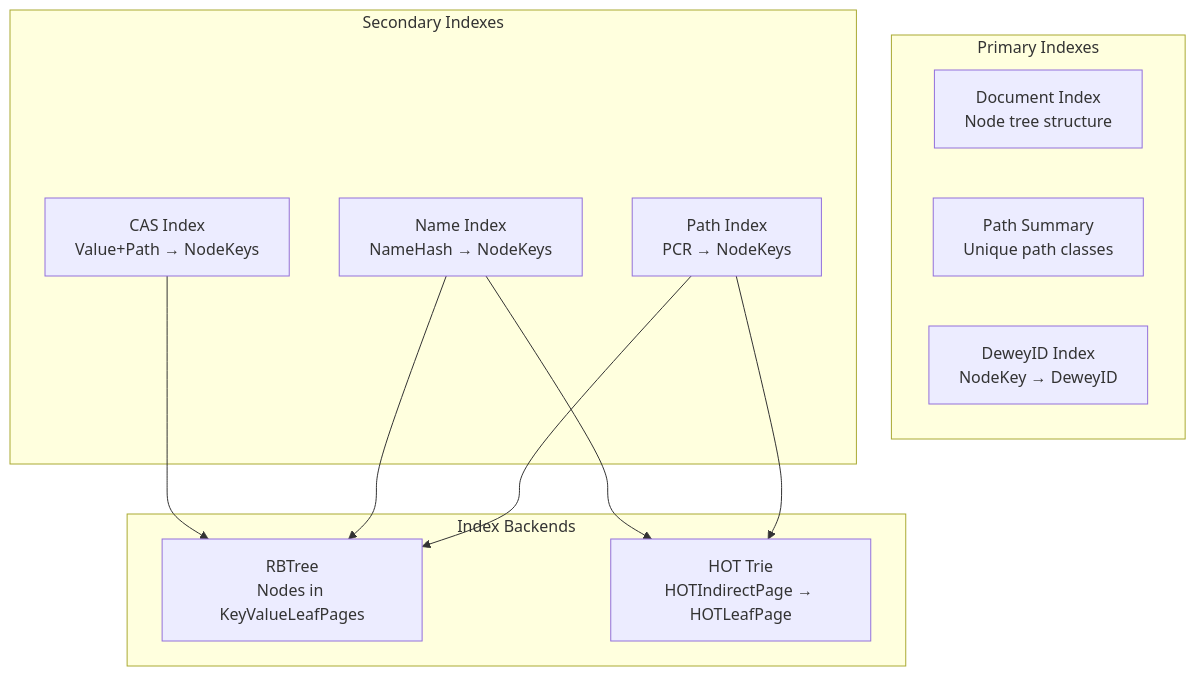
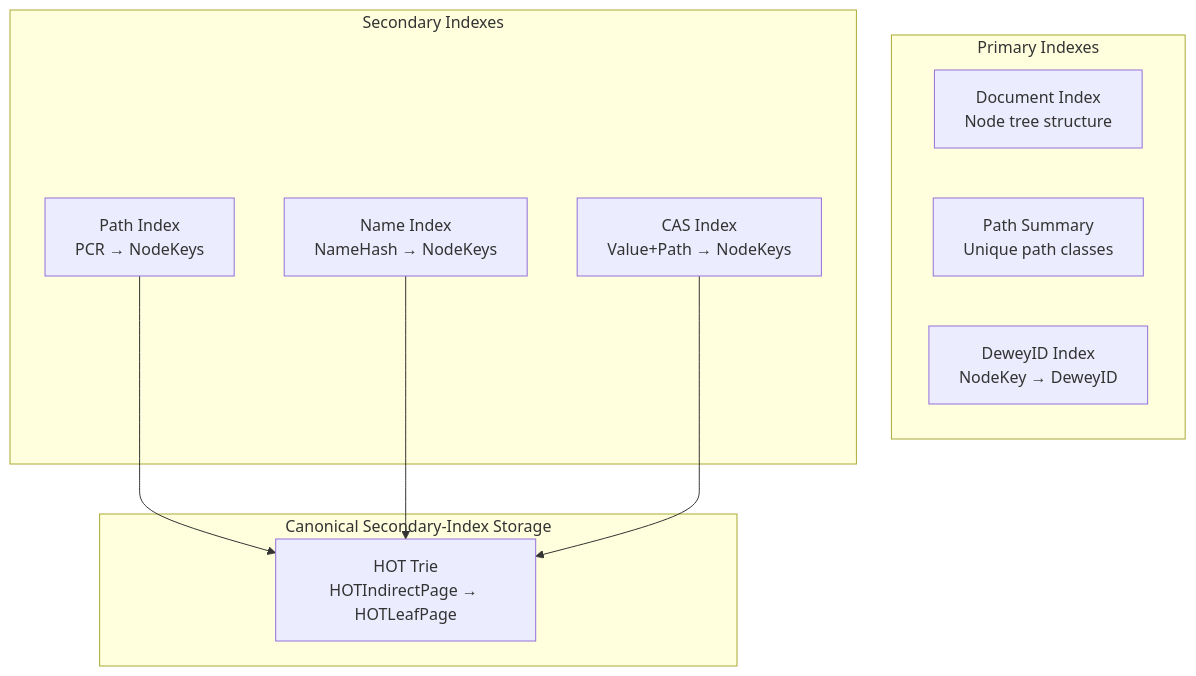
The second of 5 diagrams in docs/ARCHITECTURE.md (sirixdb/sirix), drawn with Mermaid before and after one commit. The commit also changed other lines of this file and 516 other files, not shown here.

````diff
--- a/docs/ARCHITECTURE.md
+++ b/docs/ARCHITECTURE.md
@@ -795,25 +795,22 @@
 ```mermaid
 graph TB
     subgraph "Primary Indexes"
         DOC[Document Index<br/>Node tree structure]
         PATH_SUM[Path Summary<br/>Unique path classes]
         DEWEY[DeweyID Index<br/>NodeKey → DeweyID]
     end
 
     subgraph "Secondary Indexes"
         PATH[Path Index<br/>PCR → NodeKeys]
         NAME[Name Index<br/>NameHash → NodeKeys]
         CAS[CAS Index<br/>Value+Path → NodeKeys]
     end
 
-    subgraph "Index Backends"
-        RBTREE[RBTree<br/>Nodes in KeyValueLeafPages]
+    subgraph "Canonical Secondary-Index Storage"
         HOT[HOT Trie<br/>HOTIndirectPage → HOTLeafPage]
     end
 
-    PATH --> RBTREE
     PATH --> HOT
-    NAME --> RBTREE
     NAME --> HOT
-    CAS --> RBTREE
+    CAS --> HOT
 ```
````
